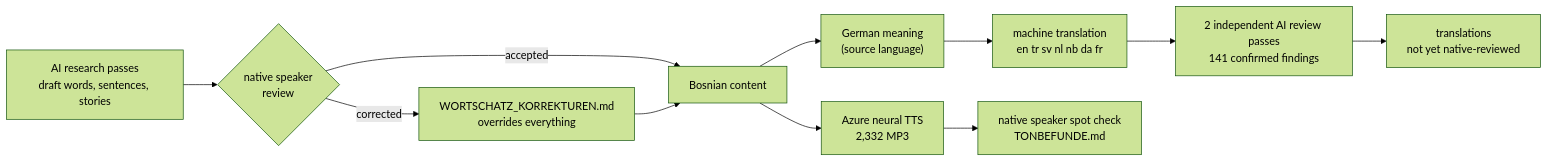
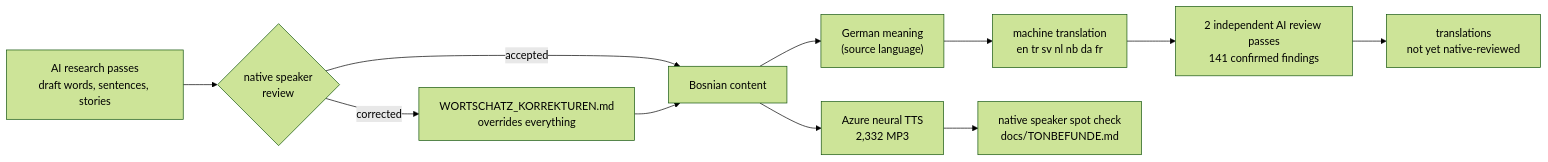
One commit to zmaj-lernapp/zmaj changed the second of 2 diagrams in data/DATASHEET.md. Above: the diagram before and after it, drawn with Mermaid (forest theme). The commit also changed other lines of this file and 259 other files, not shown here.

````diff
--- a/data/DATASHEET.md
+++ b/data/DATASHEET.md
@@ -89,13 +89,13 @@
 ```mermaid
 flowchart LR
   R["AI research passes<br/>draft words, sentences, stories"] --> N{"native speaker<br/>review"}
   N -- corrected --> K["WORTSCHATZ_KORREKTUREN.md<br/>overrides everything"]
   N -- accepted --> B[Bosnian content]
   K --> B
   B --> DE["German meaning<br/>(source language)"]
   DE --> MT["machine translation<br/>en tr sv nl nb da fr"]
   MT --> AI["2 independent AI review passes<br/>141 confirmed findings"]
   AI --> T["translations<br/>not yet native-reviewed"]
   B --> TTS["Azure neural TTS<br/>2,332 MP3"]
-  TTS --> H["native speaker spot check<br/>TONBEFUNDE.md"]
+  TTS --> H["native speaker spot check<br/>docs/TONBEFUNDE.md"]
 ```
````
